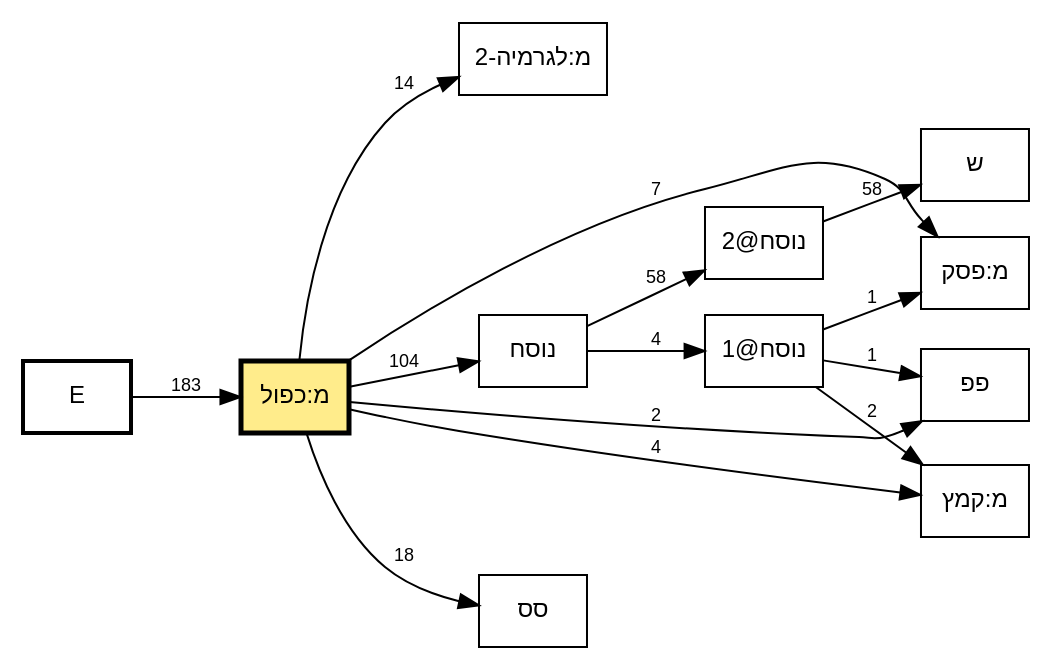
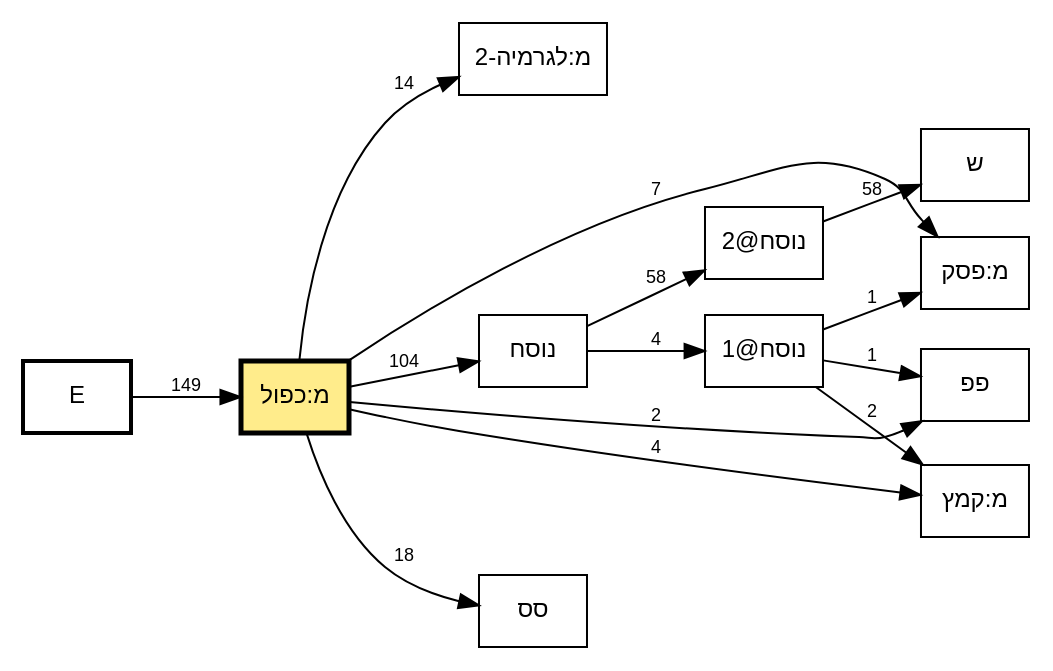
Before and after one commit to bdenckla/MAM-basics: the diagram in out/tmpl-survey-plus/plus-dualcant-call-graph.dot, drawn with Graphviz. The commit also changed 13 other files, not shown here.

```diff
--- a/out/tmpl-survey-plus/plus-dualcant-call-graph.dot
+++ b/out/tmpl-survey-plus/plus-dualcant-call-graph.dot
@@ -1,31 +1,31 @@
 // This file was generated by MAM-basics/py/main_tmpl_survey.py.
 // Do not edit by hand.
 digraph template_call_graph {
     rankdir=LR;
     node [fontname="SBL Hebrew,Helvetica", fontsize=12];
     edge [fontname="Helvetica", fontsize=9];
     graph [comment="This file was generated by MAM-basics/py/main_tmpl_survey.py."];
 
     // Column nodes
     node [shape=box, style=bold];
     "E";
 
     // Template nodes
     node [shape=box, style=""];
     "מ:כפול" [fillcolor="lightgoldenrod1", style="filled", penwidth=2.5];
 
     // Edges
-    "E" -> "מ:כפול" [label="183"];
+    "E" -> "מ:כפול" [label="149"];
     "מ:כפול" -> "מ:לגרמיה-2" [label="14"];
     "מ:כפול" -> "מ:פסק" [label="7"];
     "מ:כפול" -> "מ:קמץ" [label="4"];
     "מ:כפול" -> "נוסח" [label="104"];
     "מ:כפול" -> "סס" [label="18"];
     "מ:כפול" -> "פפ" [label="2"];
     "נוסח" -> "נוסח@1" [label="4"];
     "נוסח" -> "נוסח@2" [label="58"];
     "נוסח@1" -> "מ:פסק" [label="1"];
     "נוסח@1" -> "מ:קמץ" [label="2"];
     "נוסח@1" -> "פפ" [label="1"];
     "נוסח@2" -> "ש" [label="58"];
 }
```
